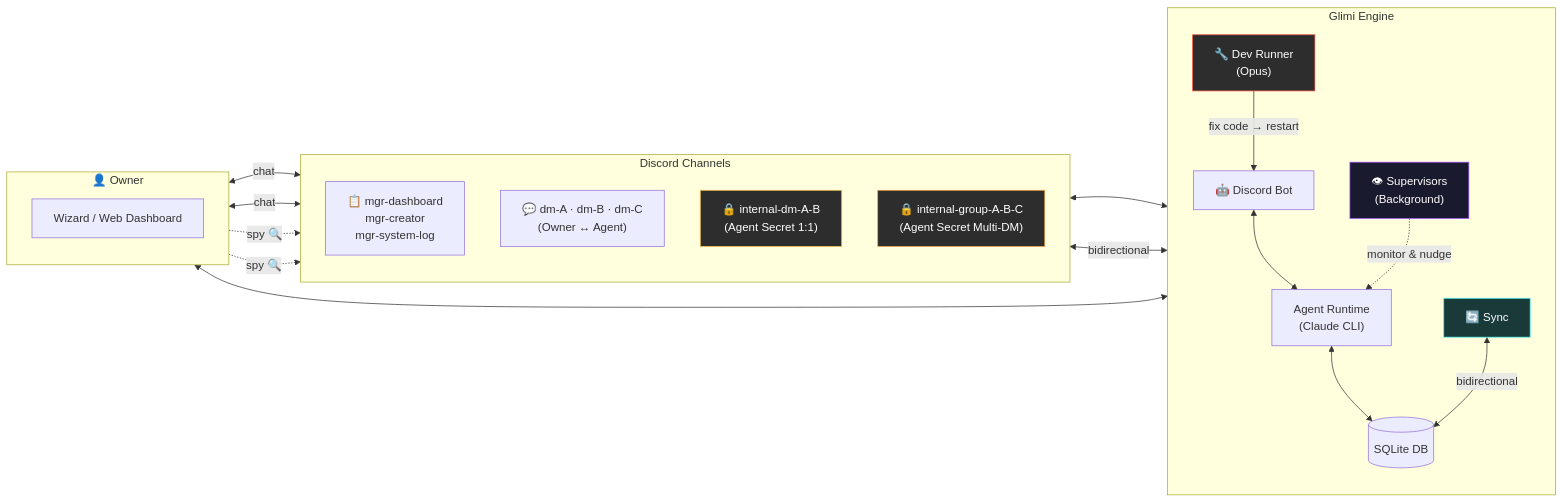
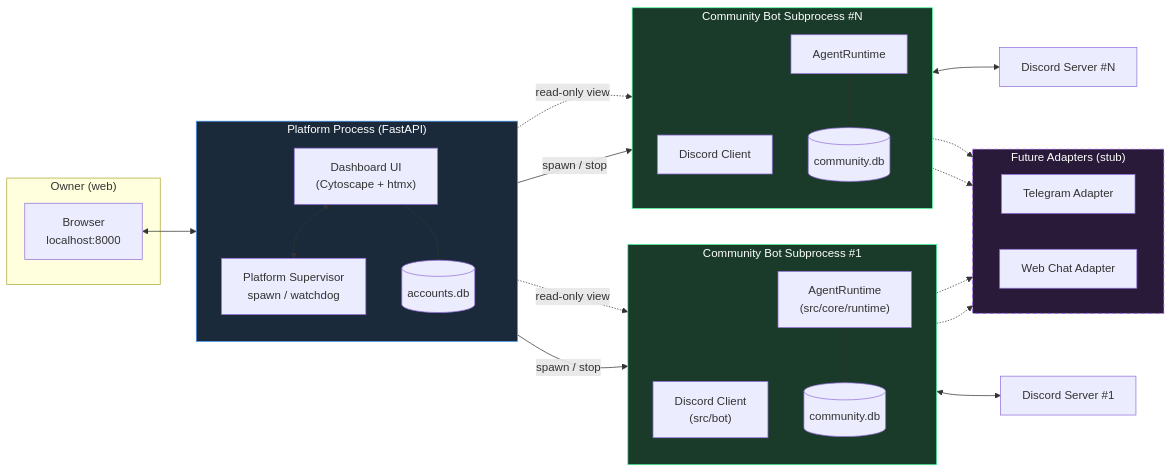
One commit to je-empty/Glimi changed the first of 4 diagrams in README.md. Above: the diagram before and after it, drawn with Mermaid. The commit also changed other lines of this file, not shown here.

Commit message:
docs: README 전면 개편 — 프롬프트 i18n/model dialect + scene + 4종 mermaid 다이어그램

````diff
--- a/README.md
+++ b/README.md
@@ -87,41 +85,51 @@
 ```mermaid
 flowchart LR
-    subgraph Owner["👤 Owner"]
-        direction TB
-        O_TUI["Wizard / Web Dashboard"]
+    subgraph Owner["Owner (web)"]
+        Browser["Browser<br/>localhost:8000"]
     end
 
-    subgraph Engine["Glimi Engine"]
+    subgraph Platform["Platform Process (FastAPI)"]
         direction TB
-        Bot["🤖 Discord Bot"]
-        Runtime["Agent Runtime\n(Claude CLI)"]
-        DB[("SQLite DB")]
-        Sync["🔄 Sync"]
-        DevRunner["🔧 Dev Runner\n(Opus)"]
-        Supervisor["👁 Supervisors\n(Background)"]
+        Dashboard["Dashboard UI<br/>(Cytoscape + htmx)"]
+        PSup["Platform Supervisor<br/>spawn / watchdog"]
+        PAcc[("accounts.db")]
     end
 
-    subgraph Discord["Discord Channels"]
+    subgraph Bot1["Community Bot Subprocess #1"]
         direction TB
-        Mgr["📋 mgr-dashboard\nmgr-creator\nmgr-system-log"]
-        DM["💬 dm-A · dm-B · dm-C\n(Owner ↔ Agent)"]
-        SecDM["🔒 internal-dm-A-B\n(Agent Secret 1:1)"]
-        SecGrp["🔒 internal-group-A-B-C\n(Agent Secret Multi-DM)"]
+        DC1["Discord Client<br/>(src/bot)"]
+        RT1["AgentRuntime<br/>(src/core/runtime)"]
+        DB1[("community.db")]
     end
 
-    Owner <-->|"chat"| Mgr & DM
-    Owner -.->|"spy 🔍"| SecDM & SecGrp
-    O_TUI <--> Bot
-    Discord <--> Bot
-    Bot <--> Runtime
-    Runtime <--> DB
-    Sync <-->|"bidirectional"| DB & Discord
-    DevRunner -->|"fix code → restart"| Bot
-    Supervisor -.->|"monitor & nudge"| Runtime
+    subgraph Bot2["Community Bot Subprocess #N"]
+        direction TB
+        DC2["Discord Client"]
+        RT2["AgentRuntime"]
+        DB2[("community.db")]
+    end
 
-    style SecDM fill:#2d2d2d,stroke:#f5c542,color:#fff
-    style SecGrp fill:#2d2d2d,stroke:#f5a142,color:#fff
-    style DevRunner fill:#2d2d2d,stroke:#f55142,color:#fff
-    style Sync fill:#1a3a3a,stroke:#4af5f5,color:#fff
-    style Supervisor fill:#1a1a2e,stroke:#9a4aff,color:#fff
+    Browser <--> Dashboard
+    Dashboard <--> PSup
+    Dashboard --- PAcc
+    PSup -->|"spawn / stop"| Bot1 & Bot2
+
+    DC1 <--> Discord1["Discord Server #1"]
+    DC2 <--> Discord2["Discord Server #N"]
+    RT1 --- DB1
+    RT2 --- DB2
+    Dashboard -.->|"read-only view"| DB1 & DB2
+
+    subgraph Future["Future Adapters (stub)"]
+        direction LR
+        Tg["Telegram Adapter"]
+        Web["Web Chat Adapter"]
+    end
+    RT1 -.-> Tg & Web
+    RT2 -.-> Tg & Web
+
+    style Platform fill:#1a2a3a,stroke:#4a9eff,color:#fff
+    style Bot1 fill:#1a3a2a,stroke:#4aff9e,color:#fff
+    style Bot2 fill:#1a3a2a,stroke:#4aff9e,color:#fff
+    style Future fill:#2a1a3a,stroke:#9a4aff,color:#fff,stroke-dasharray: 5 5
 ```
````
